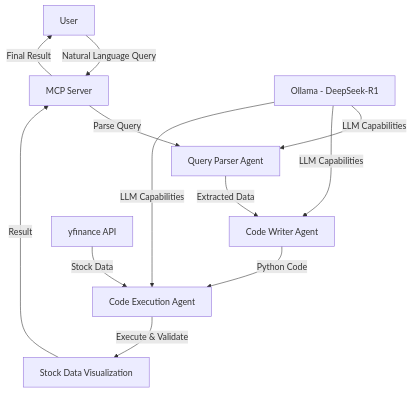
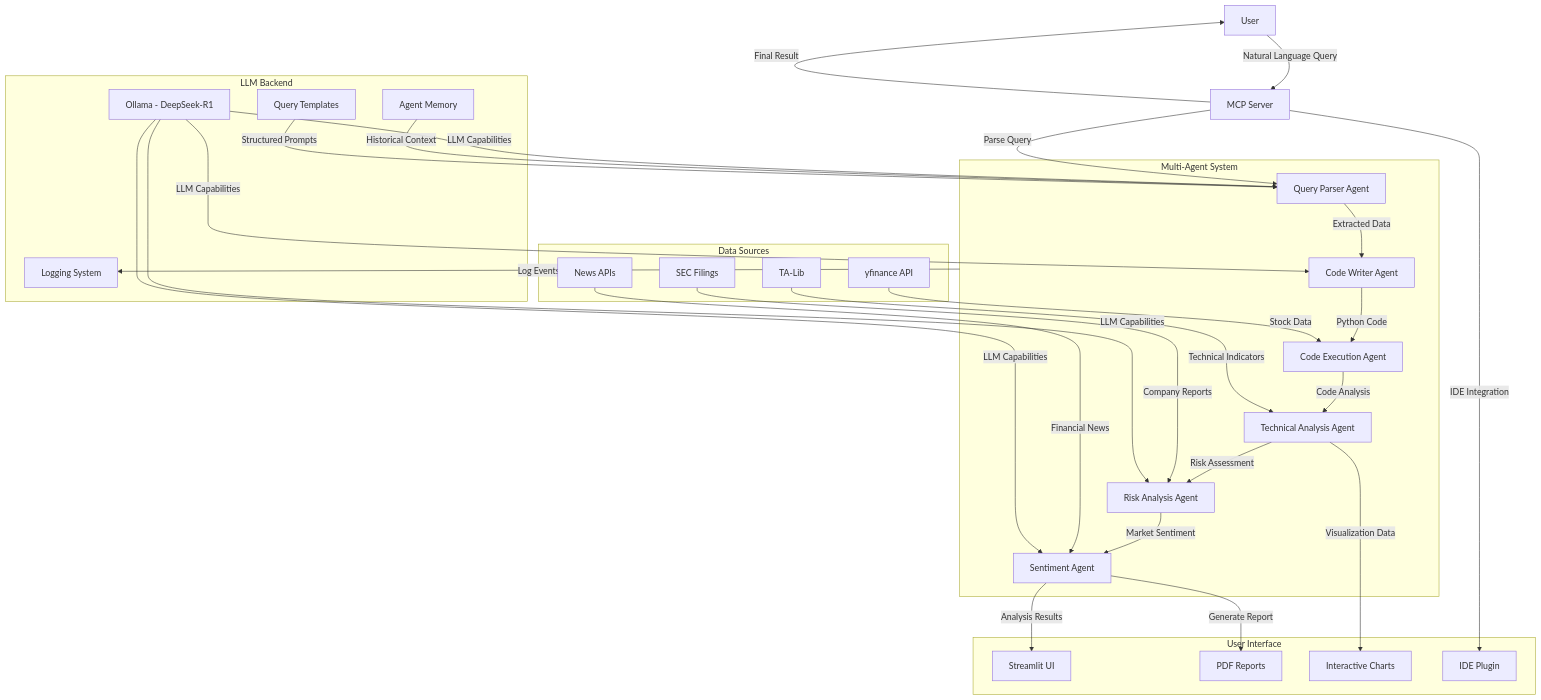
One commit to thuyvinhdinh175/Quant-Agentic-AI changed the diagram in README.md. Above: the diagram before and after it, drawn with Mermaid. The commit also changed other lines of this file and 12 other files, not shown here.

````diff
--- a/README.md
+++ b/README.md
@@ -7,15 +7,57 @@
 ```mermaid
 graph TD
+    %% Main flow
     A[User] -->|Natural Language Query| B[MCP Server]
-    B -->|Parse Query| C[Query Parser Agent]
-    C -->|Extracted Data| D[Code Writer Agent]
-    D -->|Python Code| E[Code Execution Agent]
-    E -->|Execute & Validate| F[Stock Data Visualization]
-    F -->|Result| B
     B -->|Final Result| A
     
-    G[yfinance API] -->|Stock Data| E
-    H[Ollama - DeepSeek-R1] -->|LLM Capabilities| C
-    H -->|LLM Capabilities| D
-    H -->|LLM Capabilities| E
+    %% Subgraph for Agent System
+    subgraph AgentSystem["Multi-Agent System"]
+        C[Query Parser Agent] -->|Extracted Data| D[Code Writer Agent]
+        D -->|Python Code| E[Code Execution Agent]
+        E -->|Code Analysis| F[Technical Analysis Agent]
+        F -->|Risk Assessment| G[Risk Analysis Agent]
+        G -->|Market Sentiment| H[Sentiment Agent]
+    end
+    
+    %% Connection from Server to Agent System
+    B -->|Parse Query| C
+    
+    %% Subgraph for Data Sources
+    subgraph DataSources["Data Sources"]
+        I[yfinance API] -->|Stock Data| E
+        J[News APIs] -->|Financial News| H
+        K[SEC Filings] -->|Company Reports| G
+        L[TA-Lib] -->|Technical Indicators| F
+    end
+    
+    %% Subgraph for UI and Output
+    subgraph UserInterface["User Interface"]
+        M[Streamlit UI]
+        N[PDF Reports]
+        O[Interactive Charts]
+        P[IDE Plugin]
+    end
+    
+    %% Connect Agent System to UI
+    H -->|Analysis Results| M
+    H -->|Generate Report| N
+    F -->|Visualization Data| O
+    B -->|IDE Integration| P
+    
+    %% Subgraph for LLM Backend
+    subgraph LLMBackend["LLM Backend"]
+        Q[Ollama - DeepSeek-R1]
+        R[Agent Memory]
+        S[Query Templates]
+        T[Logging System]
+    end
+    
+    %% Connect LLM to Agents
+    Q -->|LLM Capabilities| C
+    Q -->|LLM Capabilities| D
+    Q -->|LLM Capabilities| G
+    Q -->|LLM Capabilities| H
+    R -->|Historical Context| C
+    S -->|Structured Prompts| C
+    AgentSystem -->|Log Events| T
 ```
````
